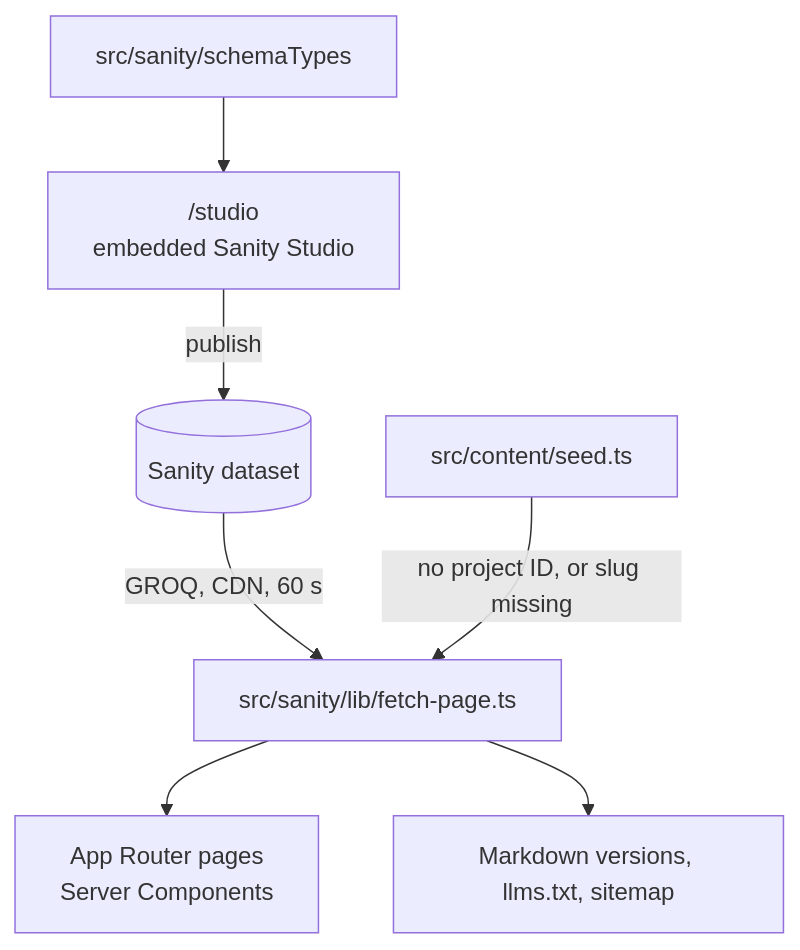
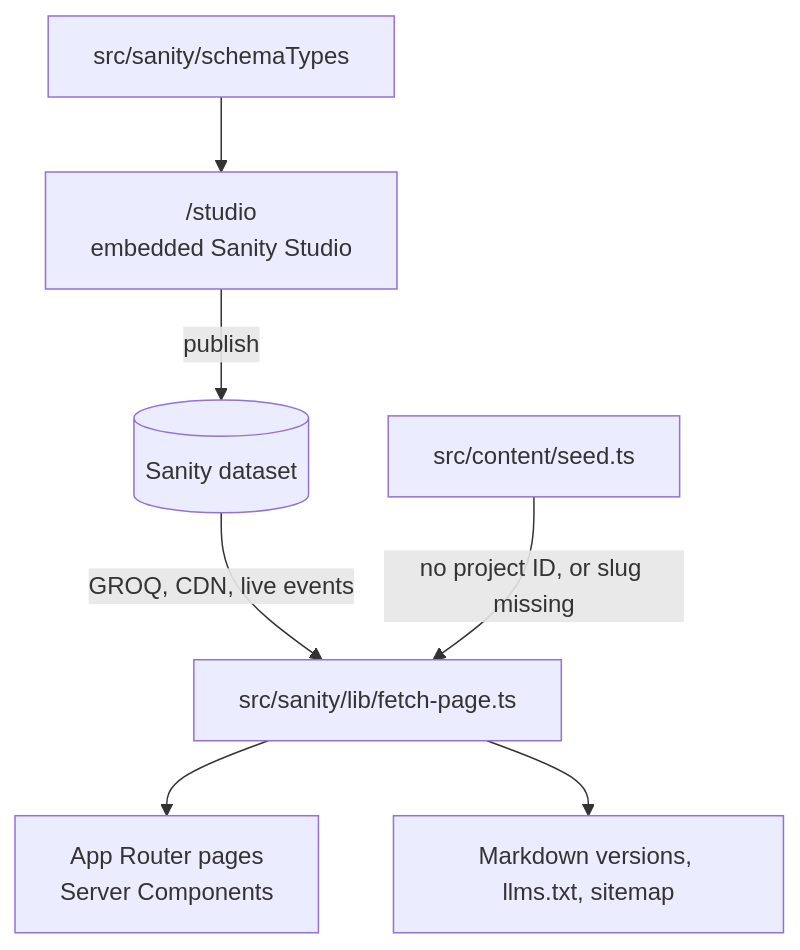
One commit to marcop135/nextfold changed the diagram in docs/architecture.md. Above: the diagram before and after it, drawn with Mermaid. The commit also changed other lines of this file and 23 other files, not shown here.

````diff
--- a/docs/architecture.md
+++ b/docs/architecture.md
@@ -3,9 +3,9 @@
 ```mermaid
 flowchart TB
   schema["src/sanity/schemaTypes"] --> studio["/studio<br/>embedded Sanity Studio"]
   studio -- publish --> dataset[(Sanity dataset)]
-  dataset -- "GROQ, CDN, 60 s" --> fetch["src/sanity/lib/fetch-page.ts"]
+  dataset -- "GROQ, CDN, live events" --> fetch["src/sanity/lib/fetch-page.ts"]
   seed["src/content/seed.ts"] -- "no project ID, or slug missing" --> fetch
   fetch --> pages["App Router pages<br/>Server Components"]
   fetch --> markdown["Markdown versions, llms.txt, sitemap"]
 ```
````
